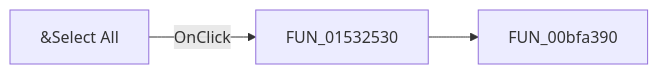
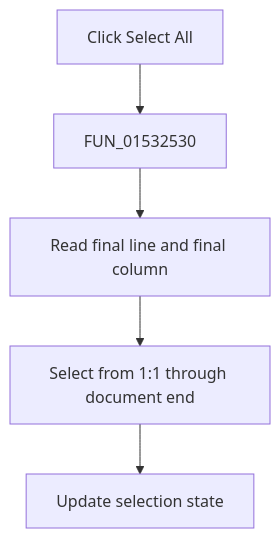
The diagram in docs/ui-controls/netlisteditor/miselectall-b0417eedac.md (MovGP0/TIARA), drawn with Mermaid before and after one commit. The commit also changed other lines of this file and 1062 other files, not shown here.

````diff
--- a/docs/ui-controls/netlisteditor/miselectall-b0417eedac.md
+++ b/docs/ui-controls/netlisteditor/miselectall-b0417eedac.md
@@ -27,5 +29,7 @@
 ```mermaid
-flowchart LR
-    control["&Select All"] -->|OnClick| handler["FUN_01532530"]
-    handler --> call1["FUN_00bfa390"]
+flowchart TD
+    control["Click Select All"] --> handler["FUN_01532530"]
+    handler --> bounds["Read final line and final column"]
+    bounds --> select["Select from 1:1 through document end"]
+    select --> update["Update selection state"]
 ```
````
